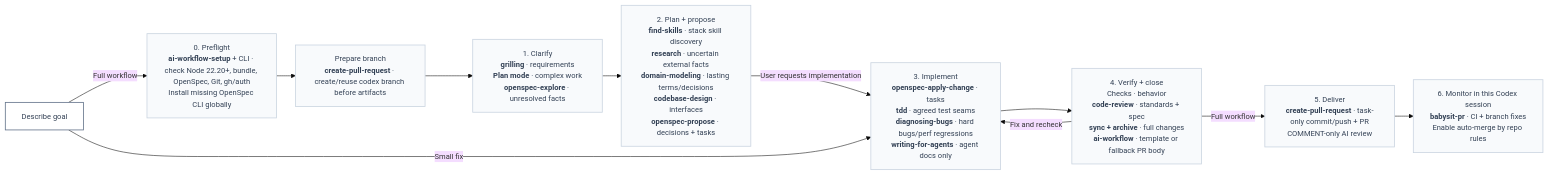
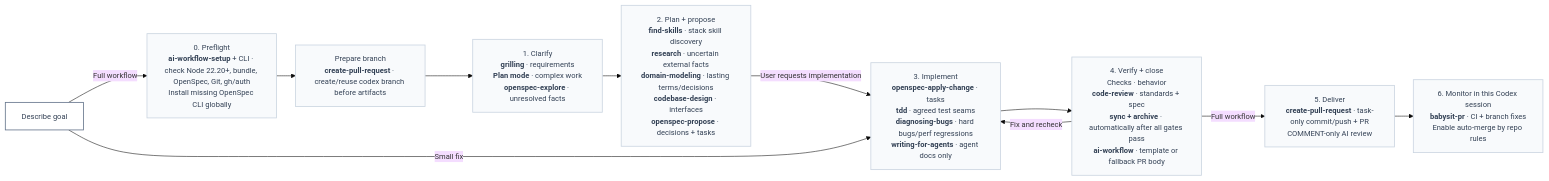
The first of 2 diagrams in README.md (shuaibilx/AI-workflow-coding), drawn with Mermaid before and after one commit. The commit also changed other lines of this file and 28 other files, not shown here.

````diff
--- a/README.md
+++ b/README.md
@@ -33,16 +35,16 @@
 ```mermaid
 %%{init: {"theme":"base","themeVariables":{"fontSize":"14px"},"flowchart":{"nodeSpacing":18,"rankSpacing":35,"wrappingWidth":180}}}%%
 flowchart LR
     G[Describe goal]:::start -->|Full workflow| S["0. Preflight<br/><span style='color:#174ea6'><b>ai-workflow-setup</b></span> + CLI · check Node 22.20+, bundle, OpenSpec, Git, gh/auth<br/>Install missing OpenSpec CLI globally"]:::stage
     S --> B["Prepare branch<br/><span style='color:#174ea6'><b>create-pull-request</b></span> · create/reuse codex branch before artifacts"]:::stage
     B --> C["1. Clarify<br/><span style='color:#174ea6'><b>grilling</b></span> · requirements<br/><span style='color:#174ea6'><b>Plan mode</b></span> · complex work<br/><span style='color:#174ea6'><b>openspec-explore</b></span> · unresolved facts"]:::stage
     C --> P["2. Plan + propose<br/><span style='color:#174ea6'><b>find-skills</b></span> · stack skill discovery<br/><span style='color:#174ea6'><b>research</b></span> · uncertain external facts<br/><span style='color:#174ea6'><b>domain-modeling</b></span> · lasting terms/decisions<br/><span style='color:#174ea6'><b>codebase-design</b></span> · interfaces<br/><span style='color:#174ea6'><b>openspec-propose</b></span> · decisions + tasks"]:::stage
     P -->|User requests implementation| I["3. Implement<br/><span style='color:#174ea6'><b>openspec-apply-change</b></span> · tasks<br/><span style='color:#174ea6'><b>tdd</b></span> · agreed test seams<br/><span style='color:#174ea6'><b>diagnosing-bugs</b></span> · hard bugs/perf regressions<br/><span style='color:#174ea6'><b>writing-for-agents</b></span> · agent docs only"]:::stage
-    I --> V["4. Verify + close<br/>Checks · behavior<br/><span style='color:#174ea6'><b>code-review</b></span> · standards + spec<br/><span style='color:#174ea6'><b>sync + archive</b></span> · full changes<br/><span style='color:#174ea6'><b>ai-workflow</b></span> · template or fallback PR body"]:::stage
+    I --> V["4. Verify + close<br/>Checks · behavior<br/><span style='color:#174ea6'><b>code-review</b></span> · standards + spec<br/><span style='color:#174ea6'><b>sync + archive</b></span> · automatically after all gates pass<br/><span style='color:#174ea6'><b>ai-workflow</b></span> · template or fallback PR body"]:::stage
     G -->|Small fix| I
     V -->|Fix and recheck| I
     V -->|Full workflow| D["5. Deliver<br/><span style='color:#174ea6'><b>create-pull-request</b></span> · task-only commit/push + PR<br/>COMMENT-only AI review"]:::stage
     D --> M["6. Monitor in this Codex session<br/><span style='color:#174ea6'><b>babysit-pr</b></span> · CI + branch fixes<br/>Enable auto-merge by repo rules"]:::stage
     classDef start fill:#ffffff,stroke:#64748b,color:#334155,stroke-width:1.5px
     classDef stage fill:#f8fafc,stroke:#cbd5e1,color:#334155,stroke-width:1.5px
 ```
````
